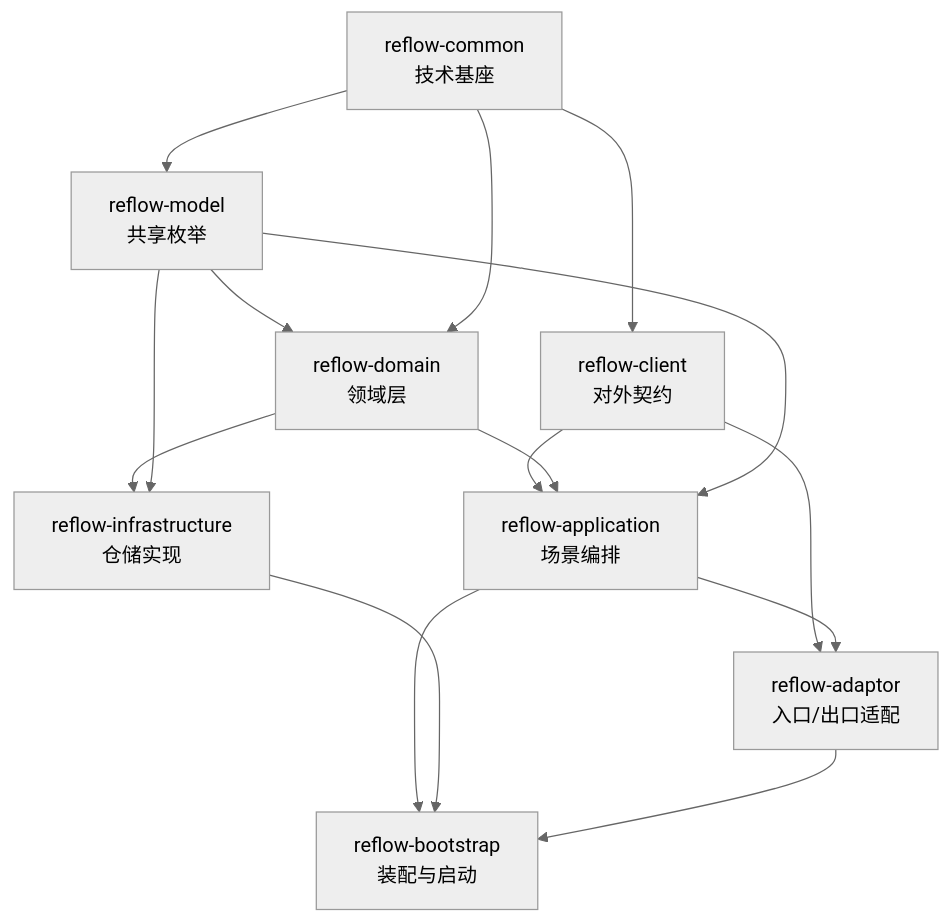
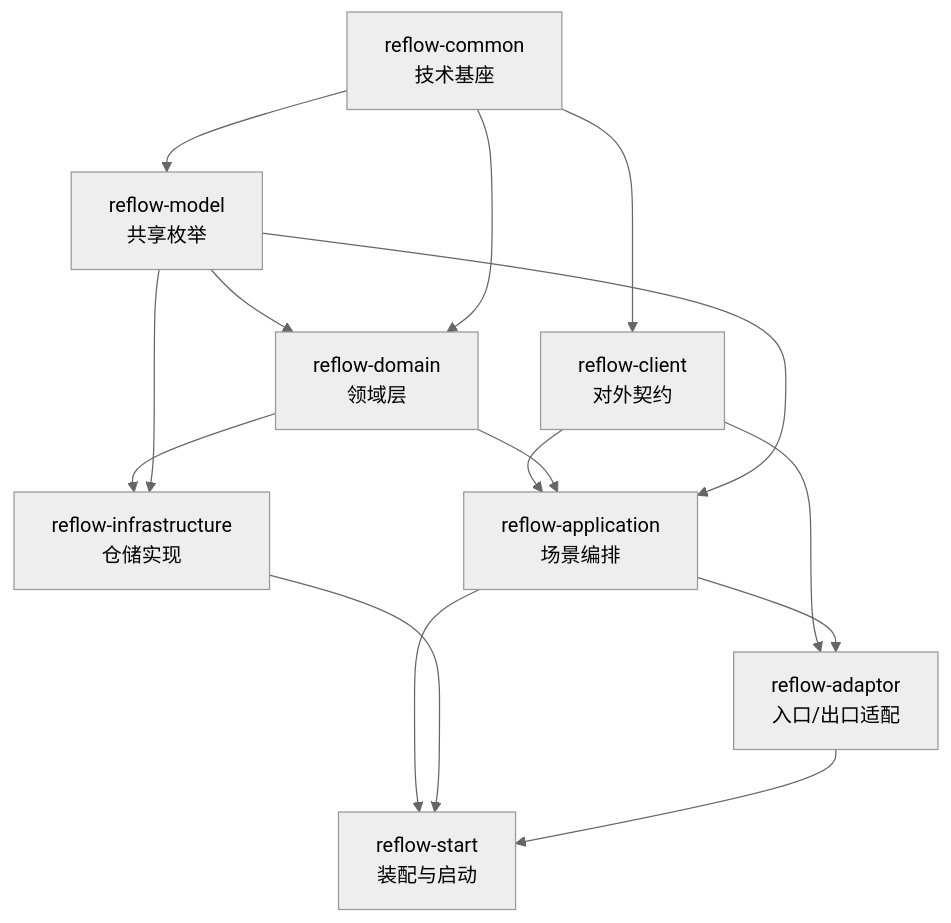
The diagram in README.md (cocochimp/StylePulse), drawn with Mermaid (neutral theme) before and after one commit. The commit also changed other lines of this file and 9 other files, not shown here.

Commit message:
refactor: rename bootstrap module to start

````diff
--- a/README.md
+++ b/README.md
@@ -106,17 +106,17 @@
 ```mermaid
 flowchart TD
     C[reflow-common<br/>技术基座] --> M[reflow-model<br/>共享枚举]
     C --> CL[reflow-client<br/>对外契约]
     M --> D[reflow-domain<br/>领域层]
     C --> D
     CL --> A[reflow-application<br/>场景编排]
     D --> A
     M --> A
     D --> I[reflow-infrastructure<br/>仓储实现]
     M --> I
     CL --> AD[reflow-adaptor<br/>入口/出口适配]
     A --> AD
-    A --> B[reflow-bootstrap<br/>装配与启动]
+    A --> B[reflow-start<br/>装配与启动]
     I --> B
     AD --> B
 ```
````
